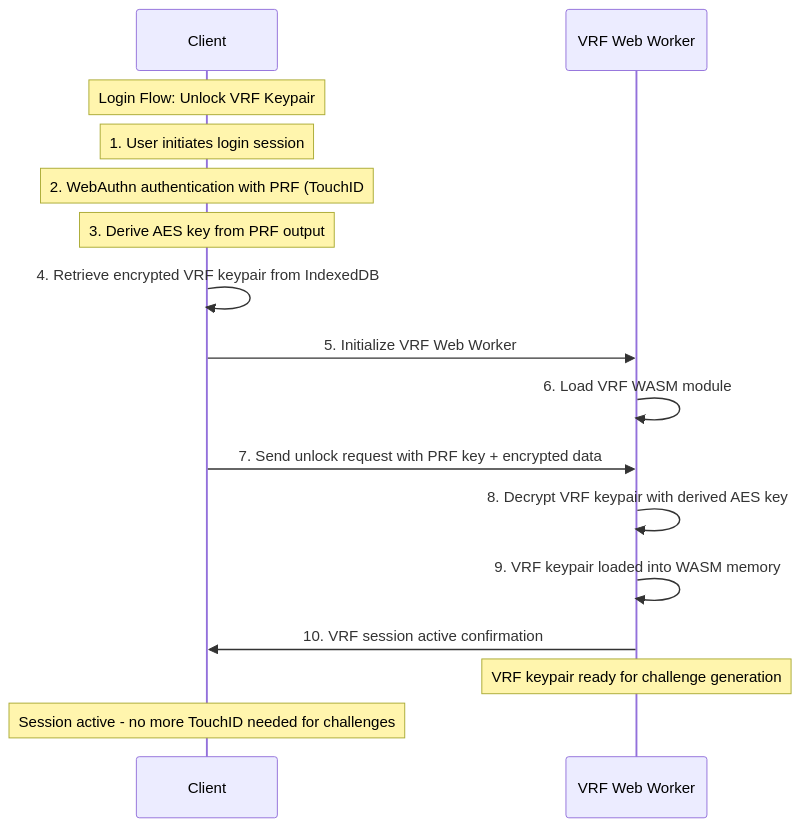
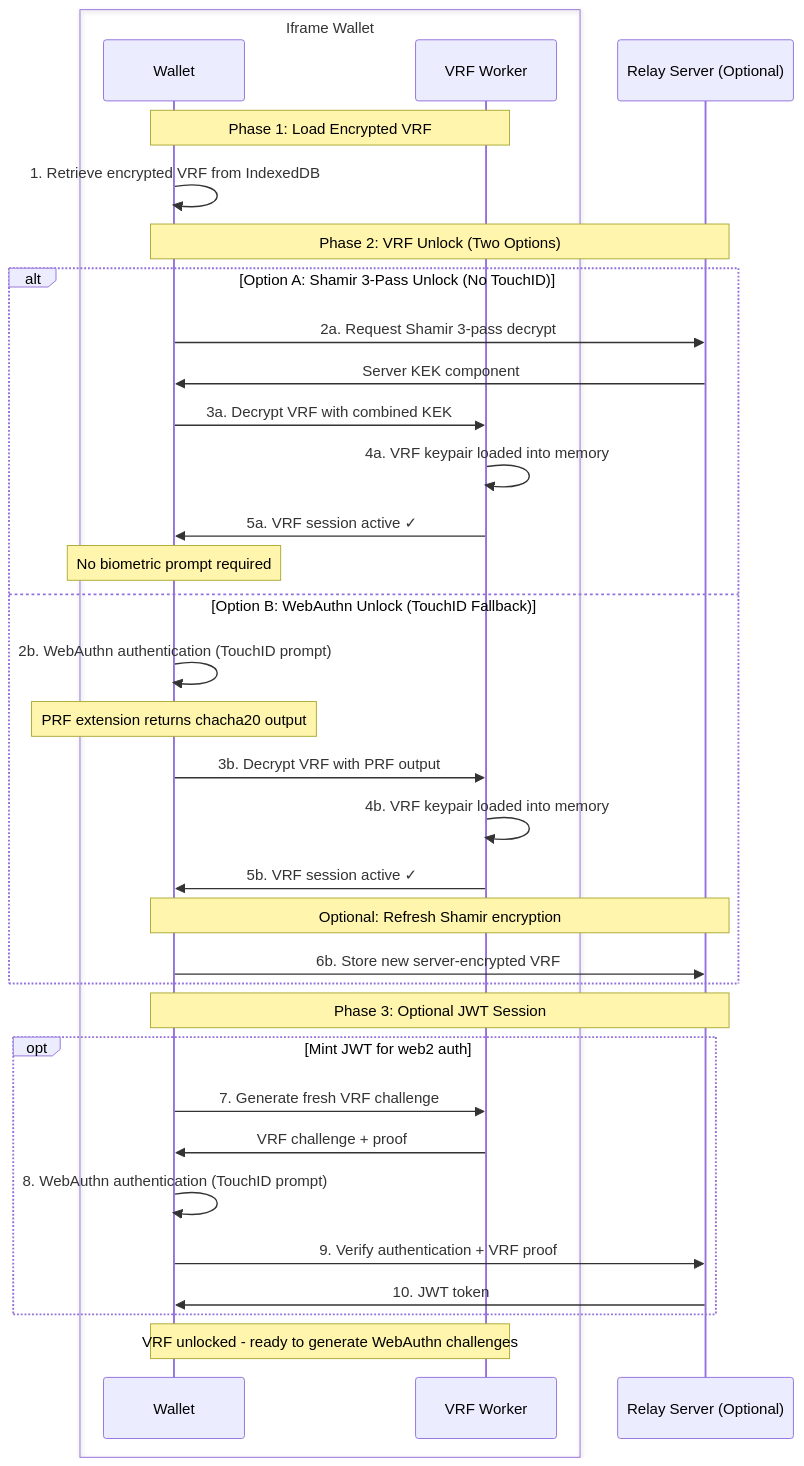
Before and after one commit to web3-authn/tatchi: the diagram in examples/tatchi-docs/src/public/diagrams/contract-login-flow.mmd, drawn with Mermaid. The commit also changed 46 other files, not shown here.

```diff
--- a/examples/tatchi-docs/src/public/diagrams/contract-login-flow.mmd
+++ b/examples/tatchi-docs/src/public/diagrams/contract-login-flow.mmd
@@ -1,17 +1,39 @@
 sequenceDiagram
-    participant Client
-    participant WebWorker as VRF Web Worker
+    box Iframe Wallet
+    participant Wallet as Wallet
+    participant Worker as VRF Worker
+    end
+    participant Relay as Relay Server (Optional)
 
-    Note over Client: Login Flow: Unlock VRF Keypair
-    Note over Client: 1. User initiates login session
-    Note over Client: 2. WebAuthn authentication with PRF (TouchID #1)
-    Note over Client: 3. Derive AES key from PRF output
-    Client->>Client: 4. Retrieve encrypted VRF keypair from IndexedDB
-    Client->>WebWorker: 5. Initialize VRF Web Worker
-    WebWorker->>WebWorker: 6. Load VRF WASM module
-    Client->>WebWorker: 7. Send unlock request with PRF key + encrypted data
-    WebWorker->>WebWorker: 8. Decrypt VRF keypair with derived AES key
-    WebWorker->>WebWorker: 9. VRF keypair loaded into WASM memory
-    WebWorker->>Client: 10. VRF session active confirmation
-    Note over WebWorker: VRF keypair ready for challenge generation
-    Note over Client: Session active - no more TouchID needed for challenges
+    Note over Wallet,Worker: Phase 1: Load Encrypted VRF
+    Wallet->>Wallet: 1. Retrieve encrypted VRF from IndexedDB
+
+    Note over Wallet,Relay: Phase 2: VRF Unlock (Two Options)
+
+    alt Option A: Shamir 3-Pass Unlock (No TouchID)
+        Wallet->>Relay: 2a. Request Shamir 3-pass decrypt
+        Relay->>Wallet: Server KEK component
+        Wallet->>Worker: 3a. Decrypt VRF with combined KEK
+        Worker->>Worker: 4a. VRF keypair loaded into memory
+        Worker->>Wallet: 5a. VRF session active ✓
+        Note over Wallet: No biometric prompt required
+    else Option B: WebAuthn Unlock (TouchID Fallback)
+        Wallet->>Wallet: 2b. WebAuthn authentication (TouchID prompt)
+        Note over Wallet: PRF extension returns chacha20 output
+        Wallet->>Worker: 3b. Decrypt VRF with PRF output
+        Worker->>Worker: 4b. VRF keypair loaded into memory
+        Worker->>Wallet: 5b. VRF session active ✓
+        Note over Wallet,Relay: Optional: Refresh Shamir encryption
+        Wallet->>Relay: 6b. Store new server-encrypted VRF
+    end
+
+    Note over Wallet,Relay: Phase 3: Optional JWT Session
+    opt Mint JWT for web2 auth
+        Wallet->>Worker: 7. Generate fresh VRF challenge
+        Worker->>Wallet: VRF challenge + proof
+        Wallet->>Wallet: 8. WebAuthn authentication (TouchID prompt)
+        Wallet->>Relay: 9. Verify authentication + VRF proof
+        Relay->>Wallet: 10. JWT token
+    end
+
+    Note over Wallet,Worker: VRF unlocked - ready to generate WebAuthn challenges
```
